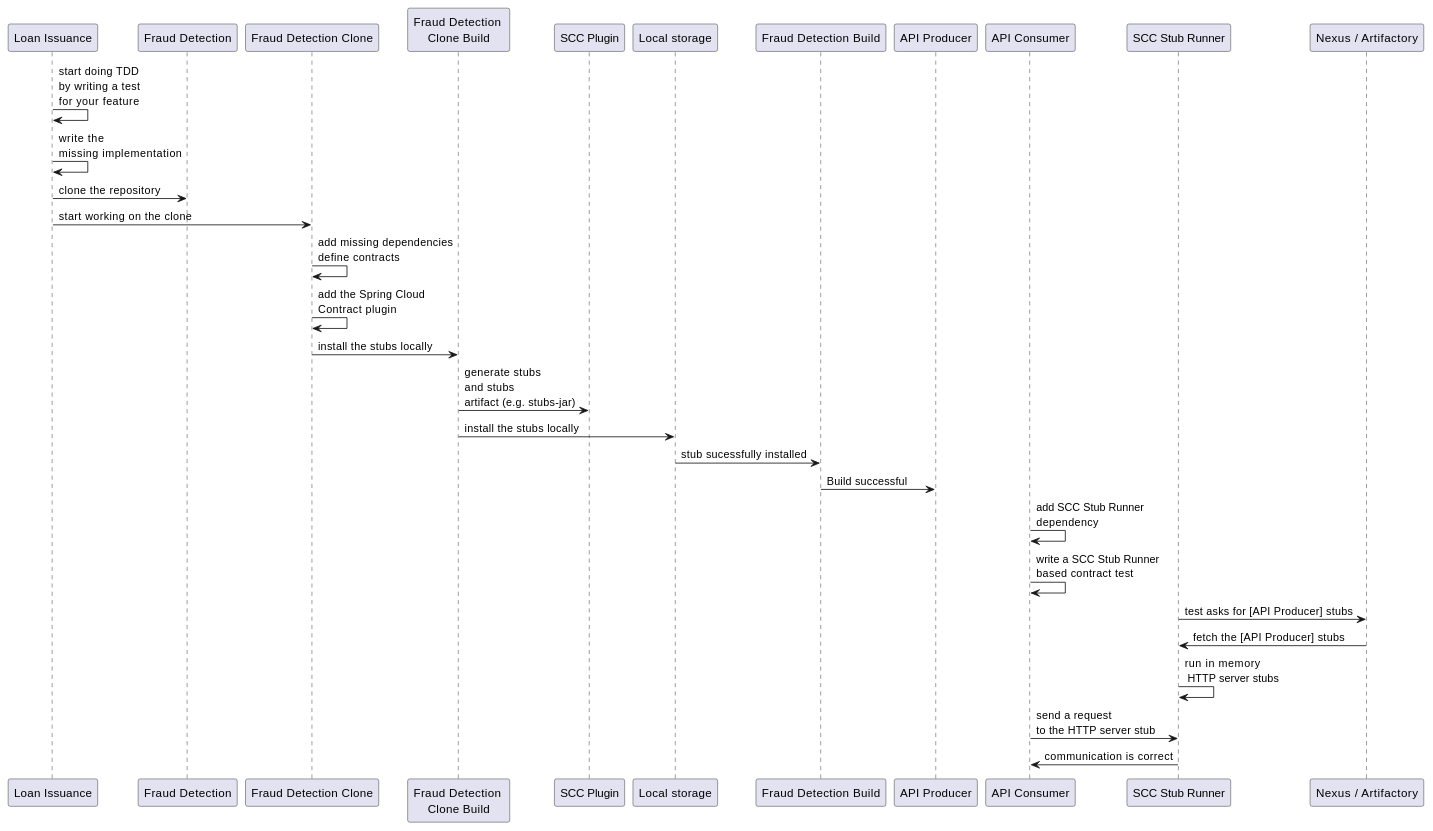
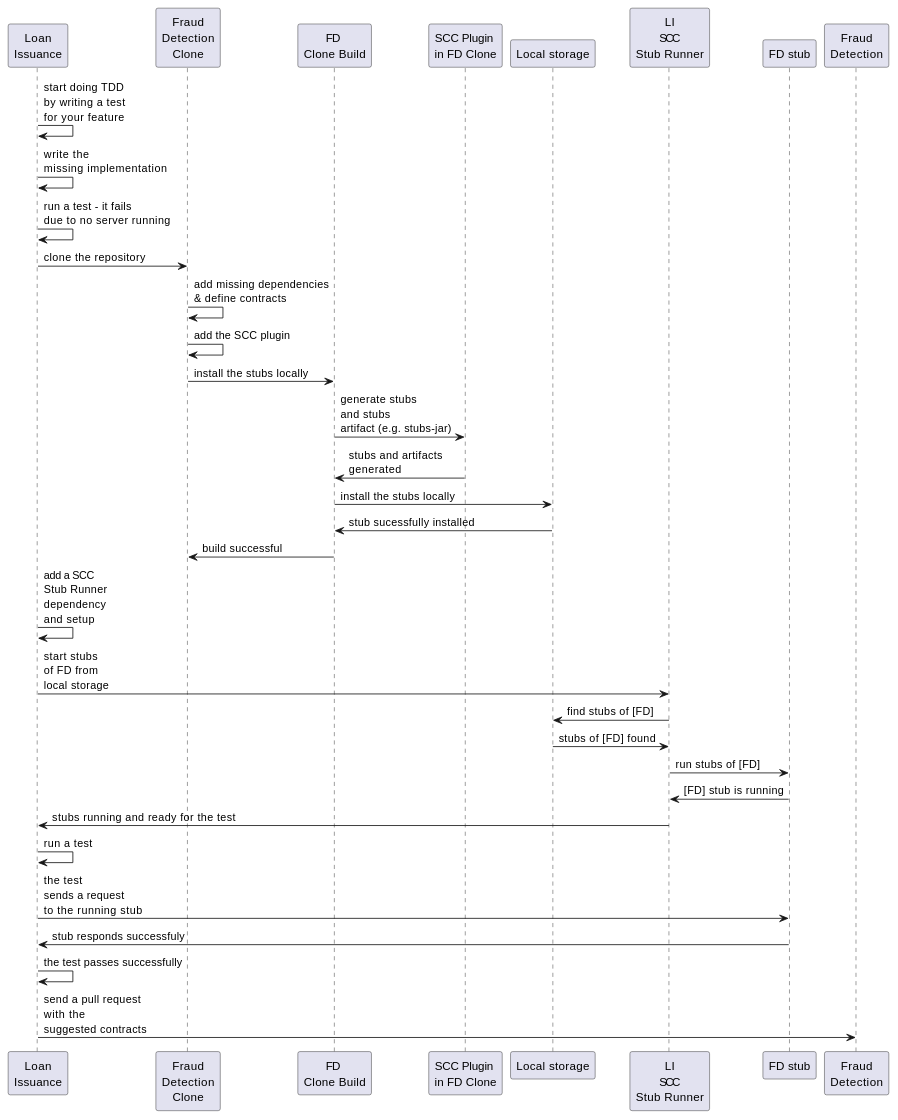
One commit to spring-cloud/spring-cloud-contract changed the second of 4 diagrams in docs/src/main/asciidoc/getting-started.adoc. Above: the diagram before and after it, drawn with PlantUML. The commit also changed other lines of this file and 3 other files, not shown here.

```diff
--- a/docs/src/main/asciidoc/getting-started.adoc
+++ b/docs/src/main/asciidoc/getting-started.adoc
@@ -635,21 +643,27 @@
-[plantuml, cdc, png]
+[plantuml, getting-started-cdc-client, png]
 ----
-"Loan Issuance"->"Loan Issuance": start doing TDD\nby writing a test\nfor your feature
-"Loan Issuance"->"Loan Issuance": write the \nmissing implementation
-"Loan Issuance"->"Fraud Detection": clone the repository
-"Loan Issuance"->"Fraud Detection Clone": start working on the clone
-"Fraud Detection Clone"->"Fraud Detection Clone": add missing dependencies\ndefine contracts
-"Fraud Detection Clone"->"Fraud Detection Clone": add the Spring Cloud \nContract plugin
-"Fraud Detection Clone"->"Fraud Detection \nClone Build": install the stubs locally
-"Fraud Detection \nClone Build"->"SCC Plugin": generate stubs \nand stubs \nartifact (e.g. stubs-jar)
-"Fraud Detection \nClone Build"->"Local storage": install the stubs locally
-"Local storage"->"Fraud Detection Build": stub sucessfully installed
-"Fraud Detection Build"->"API Producer": Build successful
-"API Consumer"->"API Consumer": add SCC Stub Runner \ndependency
-"API Consumer"->"API Consumer": write a SCC Stub Runner \nbased contract test
-"SCC Stub Runner"->"Nexus / Artifactory": test asks for [API Producer] stubs
-"Nexus / Artifactory"->"SCC Stub Runner": fetch the [API Producer] stubs
-"SCC Stub Runner"->"SCC Stub Runner": run in memory\n HTTP server stubs
-"API Consumer"->"SCC Stub Runner": send a request \nto the HTTP server stub
-"SCC Stub Runner"->"API Consumer": communication is correct
+"Loan\nIssuance"->"Loan\nIssuance": start doing TDD\nby writing a test\nfor your feature
+"Loan\nIssuance"->"Loan\nIssuance": write the \nmissing implementation
+"Loan\nIssuance"->"Loan\nIssuance": run a test - it fails\ndue to no server running
+"Loan\nIssuance"->"Fraud\nDetection\nClone": clone the repository
+"Fraud\nDetection\nClone"->"Fraud\nDetection\nClone": add missing dependencies\n& define contracts
+"Fraud\nDetection\nClone"->"Fraud\nDetection\nClone": add the SCC plugin
+"Fraud\nDetection\nClone"->"FD \nClone Build": install the stubs locally
+"FD \nClone Build"->"SCC Plugin \nin FD Clone": generate stubs \nand stubs \nartifact (e.g. stubs-jar)
+"SCC Plugin \nin FD Clone"->"FD \nClone Build": stubs and artifacts\ngenerated
+"FD \nClone Build"->"Local storage": install the stubs locally
+"Local storage"->"FD \nClone Build": stub sucessfully installed
+"FD \nClone Build"->"Fraud\nDetection\nClone": build successful
+"Loan\nIssuance"->"Loan\nIssuance": add a SCC\nStub Runner\ndependency\nand setup
+"Loan\nIssuance"->"LI\nSCC\nStub Runner": start stubs\nof FD from\nlocal storage
+"LI\nSCC\nStub Runner"->"Local storage": find stubs of [FD]
+"Local storage"->"LI\nSCC\nStub Runner": stubs of [FD] found
+"LI\nSCC\nStub Runner"->"FD stub": run stubs of [FD]
+"FD stub"->"LI\nSCC\nStub Runner": [FD] stub is running
+"LI\nSCC\nStub Runner"->"Loan\nIssuance": stubs running and ready for the test
+"Loan\nIssuance"->"Loan\nIssuance": run a test
+"Loan\nIssuance"->"FD stub": the test\nsends a request\nto the running stub
+"FD stub"->"Loan\nIssuance": stub responds successfuly
+"Loan\nIssuance"->"Loan\nIssuance": the test passes successfully
+"Loan\nIssuance"->"Fraud\nDetection": send a pull request\nwith the\nsuggested contracts
 ----
```
